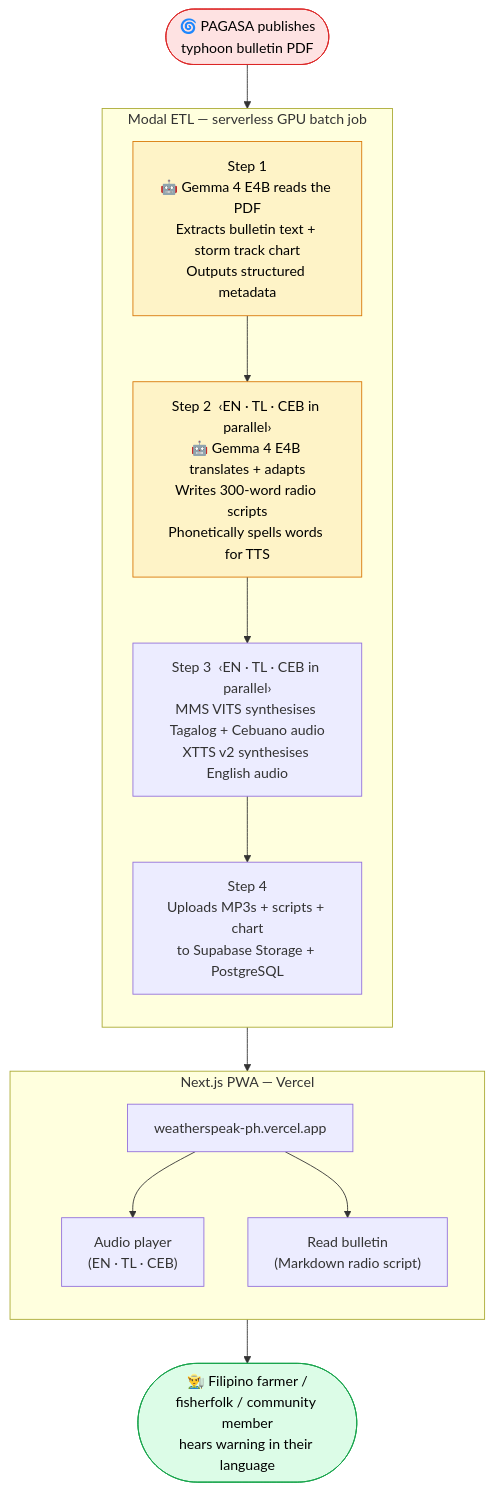
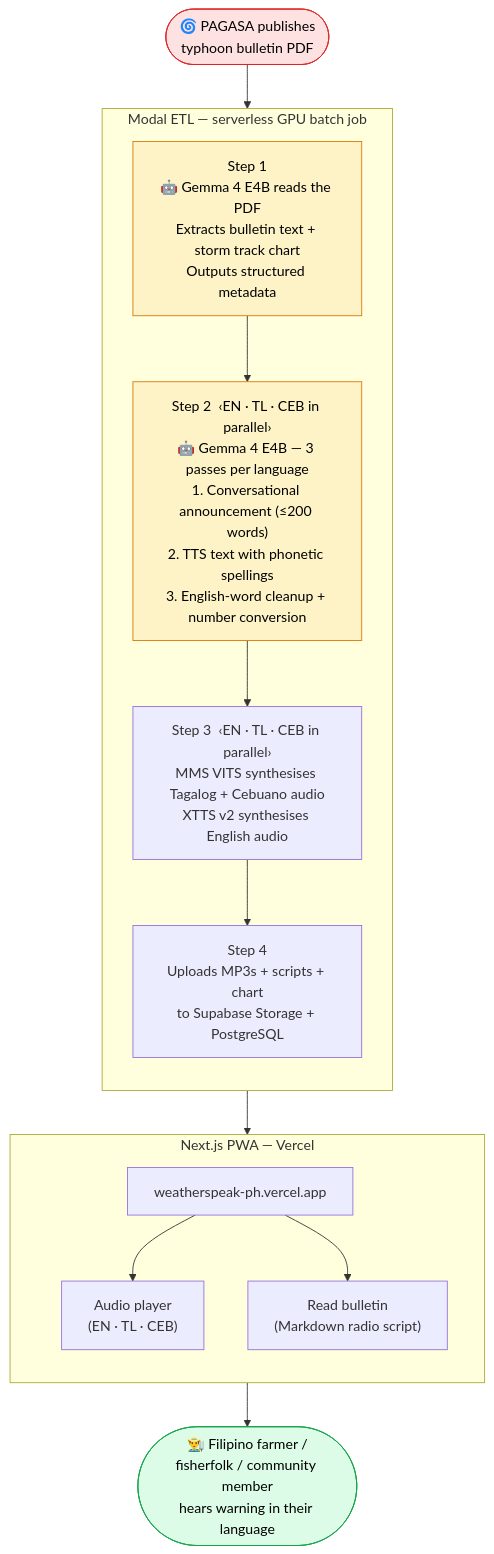
Before and after one commit to jaeyow/weatherspeak-ph: the second of 2 diagrams in README.md, drawn with Mermaid. The commit also changed other lines of this file and 2 other files, not shown here.

Commit message:
docs: update devlog PR #14, README Step 2 description, sync notebooks

````diff
--- a/README.md
+++ b/README.md
@@ -67,31 +67,31 @@
 ```mermaid
 flowchart TD
     PAGASA(["🌀 PAGASA publishes\ntyphoon bulletin PDF"])
 
     subgraph ETL["Modal ETL  —  serverless GPU batch job"]
         direction TB
         OCR["Step 1\n🤖 Gemma 4 E4B reads the PDF\nExtracts bulletin text + storm track chart\nOutputs structured metadata"]
-        SCRIPTS["Step 2  ‹EN · TL · CEB in parallel›\n🤖 Gemma 4 E4B translates + adapts\nWrites 300-word radio scripts\nPhonetically spells words for TTS"]
+        SCRIPTS["Step 2  ‹EN · TL · CEB in parallel›\n🤖 Gemma 4 E4B — 3 passes per language\n1. Conversational announcement (≤200 words)\n2. TTS text with phonetic spellings\n3. English-word cleanup + number conversion"]
         TTS["Step 3  ‹EN · TL · CEB in parallel›\nMMS VITS synthesises Tagalog + Cebuano audio\nXTTS v2 synthesises English audio"]
         UPLOAD["Step 4\nUploads MP3s + scripts + chart\nto Supabase Storage + PostgreSQL"]
         OCR --> SCRIPTS --> TTS --> UPLOAD
     end
 
     subgraph WEB["Next.js PWA  —  Vercel"]
         direction TB
         SITE["weatherspeak-ph.vercel.app"]
         PLAYER["Audio player\n(EN · TL · CEB)"]
         SCRIPT["Read bulletin\n(Markdown radio script)"]
         SITE --> PLAYER
         SITE --> SCRIPT
     end
 
     USER(["👨‍🌾 Filipino farmer /\nfisherfolk / community member\nhears warning in their language"])
 
     PAGASA --> ETL --> WEB --> USER
 
     style OCR fill:#fef3c7,stroke:#d97706,color:#000
     style SCRIPTS fill:#fef3c7,stroke:#d97706,color:#000
     style PAGASA fill:#fee2e2,stroke:#dc2626,color:#000
     style USER fill:#dcfce7,stroke:#16a34a,color:#000
 ```
````
